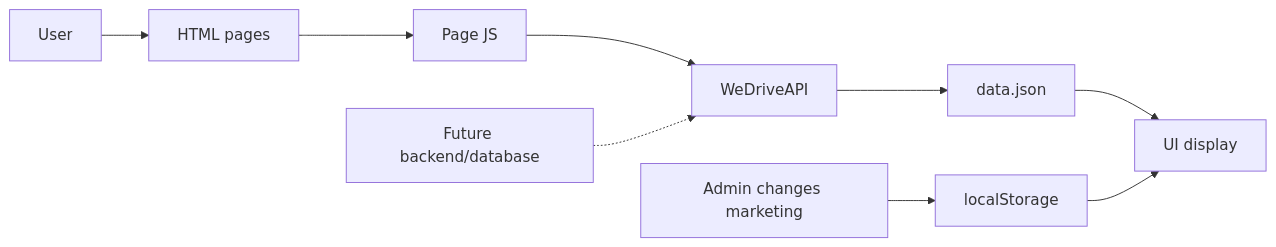
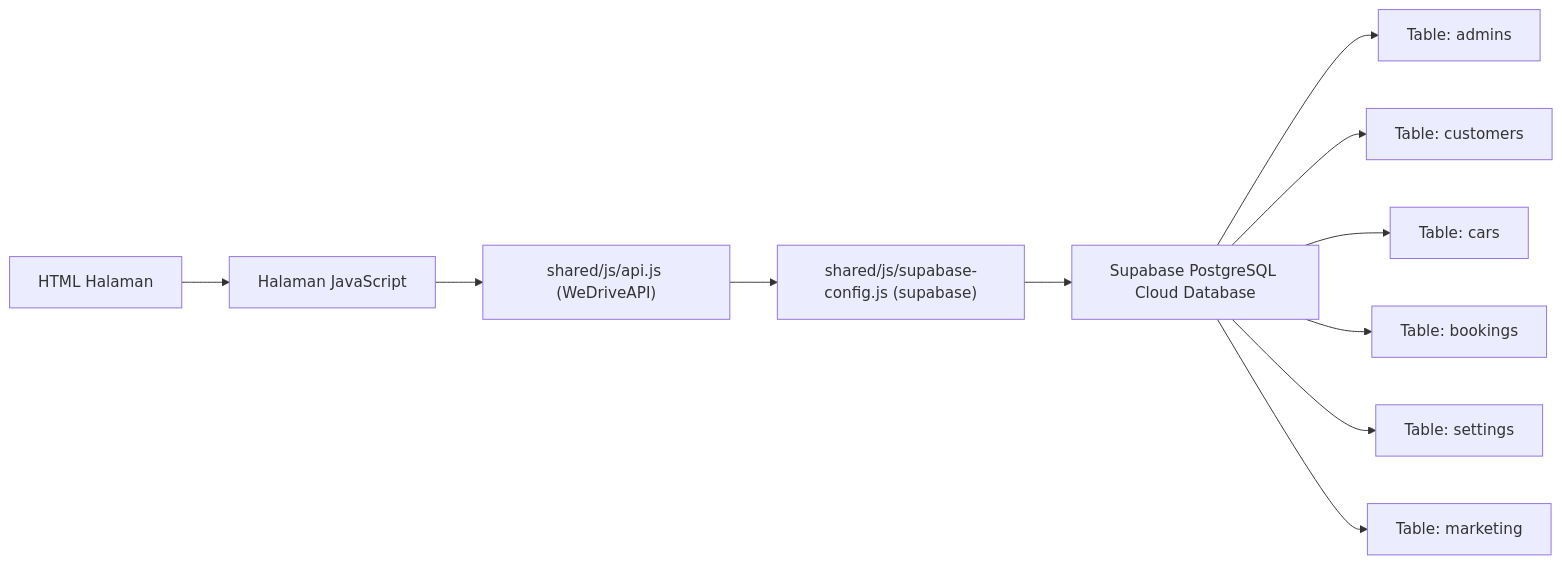
The fifth of 5 diagrams in docs/FULL_SYSTEM_FLOWCHART.md (hdanial211/WeDRIVE), drawn with Mermaid before and after one commit. The commit also changed other lines of this file and 1 other file, not shown here.

Commit message:
8.4.1 Update system flowchart to reflect active Supabase integration

````diff
--- a/docs/FULL_SYSTEM_FLOWCHART.md
+++ b/docs/FULL_SYSTEM_FLOWCHART.md
@@ -532,13 +157,14 @@
 ```mermaid
 flowchart LR
-    USER["User"] --> HTML["HTML pages"]
-    HTML --> JS["Page JS"]
-    JS --> API["WeDriveAPI"]
-    API --> JSON["data.json"]
-    JSON --> UI["UI display"]
+    HTML["HTML Halaman"] --> CLIENT_JS["Halaman JavaScript"]
+    CLIENT_JS --> API_LAYER["shared/js/api.js (WeDriveAPI)"]
+    API_LAYER --> SDK_CLIENT["shared/js/supabase-config.js (supabase)"]
+    SDK_CLIENT --> DB_CLOUD["Supabase PostgreSQL Cloud Database"]
 
-    ADMIN["Admin changes marketing"] --> LOCAL["localStorage"]
-    LOCAL --> UI
-
-    FUTURE_DB["Future backend/database"] -.-> API
+    DB_CLOUD --> T_ADMINS["Table: admins"]
+    DB_CLOUD --> T_CUSTOMERS["Table: customers"]
+    DB_CLOUD --> T_CARS["Table: cars"]
+    DB_CLOUD --> T_BOOKINGS["Table: bookings"]
+    DB_CLOUD --> T_SETTINGS["Table: settings"]
+    DB_CLOUD --> T_MARKETING["Table: marketing"]
 ```
````
